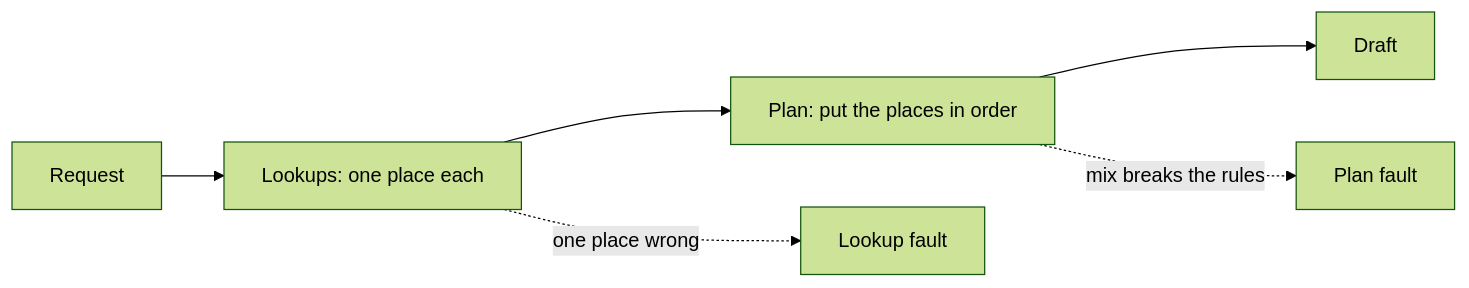
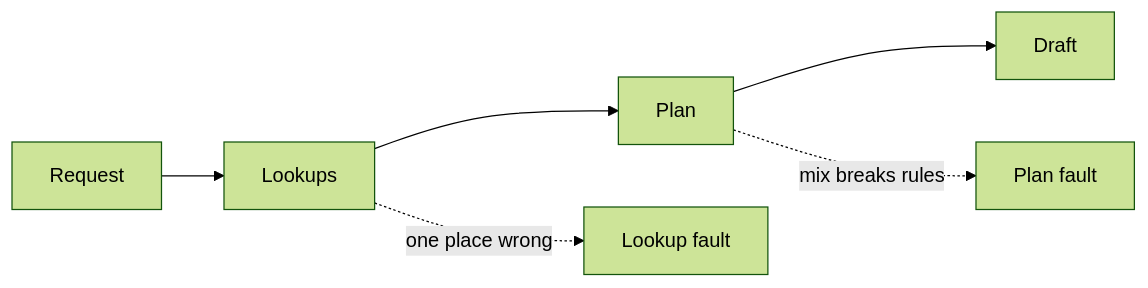
Before and after one commit to learnwithparam/ai-evals-for-pms: the diagram in parts/01-look-before-you-measure/04-break-down-the-stages/problem/README.md, drawn with Mermaid (forest theme). The commit also changed other lines of this file and 28 other files, not shown here.

````diff
--- a/parts/01-look-before-you-measure/04-break-down-the-stages/problem/README.md
+++ b/parts/01-look-before-you-measure/04-break-down-the-stages/problem/README.md
@@ -21,8 +26,6 @@
 ```mermaid
 flowchart LR
-  R[Request] --> L[Lookups: one place each]
-  L --> P[Plan: put the places in order]
-  P --> D[Draft]
+  R[Request] --> L[Lookups] --> P[Plan] --> D[Draft]
   L -.->|one place wrong| F1[Lookup fault]
-  P -.->|mix breaks the rules| F2[Plan fault]
+  P -.->|mix breaks rules| F2[Plan fault]
 ```
````
